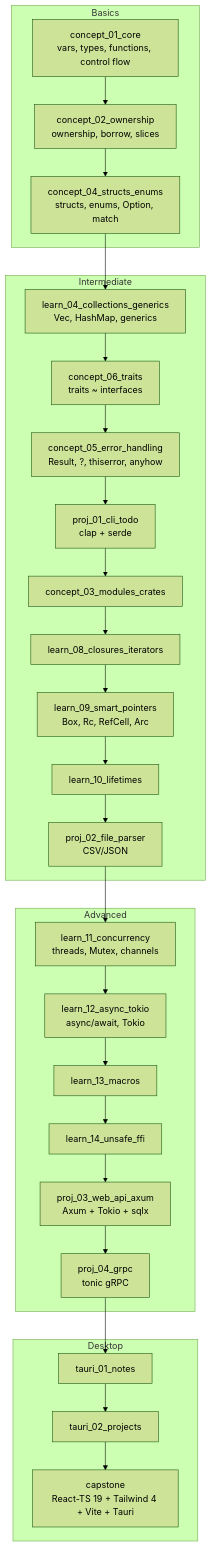
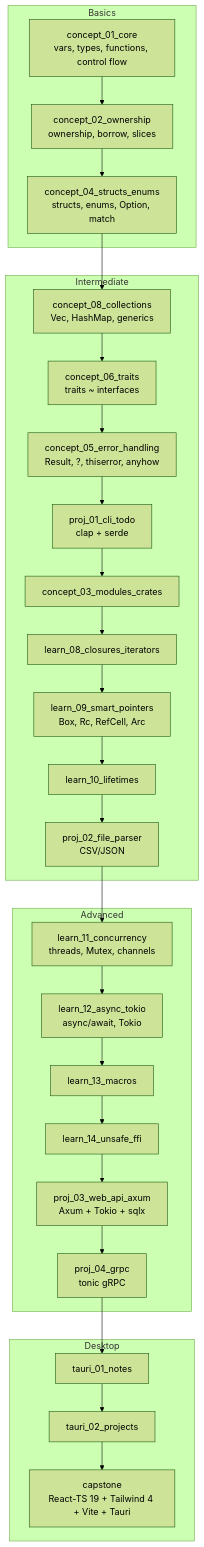
One commit to devravinder/learn-rust changed the diagram in README.md. Above: the diagram before and after it, drawn with Mermaid (forest theme). The commit also changed 10 other files, not shown here.

````diff
--- a/README.md
+++ b/README.md
@@ -43,31 +43,31 @@
 ```mermaid
 graph TD
     subgraph Basics
         A[concept_01_core<br/>vars, types, functions, control flow] --> B[concept_02_ownership<br/>ownership, borrow, slices]
         B --> C[concept_04_structs_enums<br/>structs, enums, Option, match]
     end
     subgraph Intermediate
-        C --> D[learn_04_collections_generics<br/>Vec, HashMap, generics]
+        C --> D[concept_08_collections<br/>Vec, HashMap, generics]
         D --> E[concept_06_traits<br/>traits ~ interfaces]
         E --> F[concept_05_error_handling<br/>Result, ?, thiserror, anyhow]
         F --> P1[proj_01_cli_todo<br/>clap + serde]
         P1 --> G[concept_03_modules_crates]
         G --> H[learn_08_closures_iterators]
         H --> I[learn_09_smart_pointers<br/>Box, Rc, RefCell, Arc]
         I --> J[learn_10_lifetimes]
         J --> P2[proj_02_file_parser<br/>CSV/JSON]
     end
     subgraph Advanced
         P2 --> K[learn_11_concurrency<br/>threads, Mutex, channels]
         K --> L[learn_12_async_tokio<br/>async/await, Tokio]
         L --> M[learn_13_macros]
         M --> N[learn_14_unsafe_ffi]
         N --> P3[proj_03_web_api_axum<br/>Axum + Tokio + sqlx]
         P3 --> P4[proj_04_grpc<br/>tonic gRPC]
     end
     subgraph Desktop
         P4 --> T1[tauri_01_notes]
         T1 --> T2[tauri_02_projects]
         T2 --> CAP[capstone<br/>React-TS 19 + Tailwind 4 + Vite + Tauri]
     end
 ```
````
